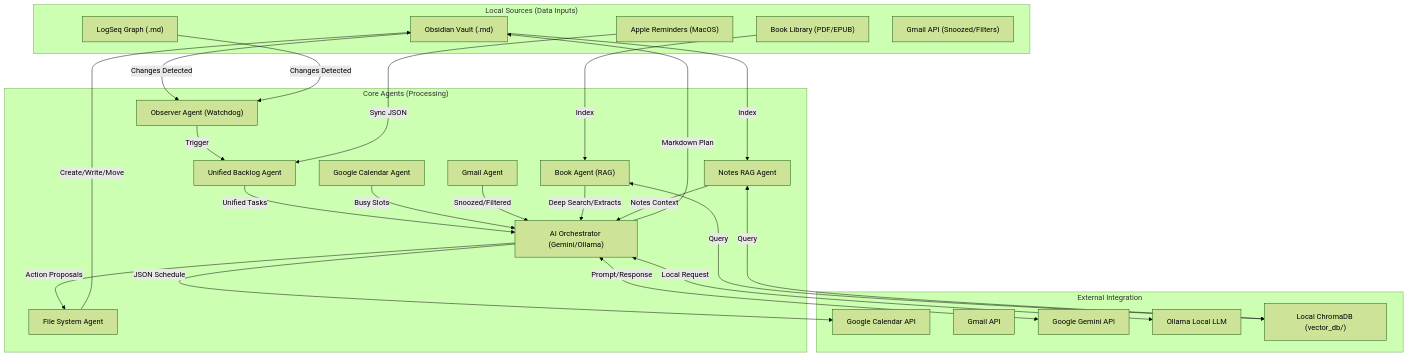
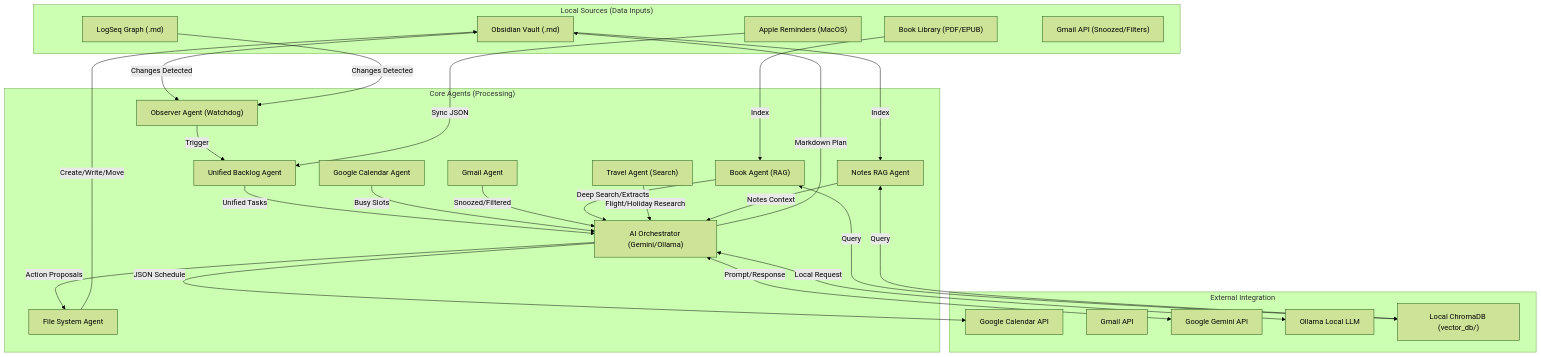
One commit to motethansen/ai_agent_assistant changed the diagram in docs/PROJECT_OVERVIEW.md. Above: the diagram before and after it, drawn with Mermaid (forest theme). The commit also changed other lines of this file and 7 other files, not shown here.

First line of the commit message:
feat: implement Travel Planning Agent with Google Search grounding

````diff
--- a/docs/PROJECT_OVERVIEW.md
+++ b/docs/PROJECT_OVERVIEW.md
@@ -7,60 +7,62 @@
 ```mermaid
 graph TD
     subgraph "Local Sources (Data Inputs)"
         Obsidian["Obsidian Vault (.md)"]
         LogSeq["LogSeq Graph (.md)"]
         AppleRem["Apple Reminders (MacOS)"]
         Books["Book Library (PDF/EPUB)"]
         Gmail["Gmail API (Snoozed/Filters)"]
     end
 
     subgraph "Core Agents (Processing)"
         ObserverAgent["Observer Agent (Watchdog)"]
         BacklogAgent["Unified Backlog Agent"]
         CalendarAgent["Google Calendar Agent"]
         AIOrcAgent["AI Orchestrator (Gemini/Ollama)"]
         FSAgent["File System Agent"]
         BookAgent["Book Agent (RAG)"]
+        TravelAgent["Travel Agent (Search)"]
         GmailAgent["Gmail Agent"]
         RAGAgent["Notes RAG Agent"]
     end
 
     subgraph "External Integration"
         GCalAPI["Google Calendar API"]
         GmailAPI["Gmail API"]
         GeminiAPI["Google Gemini API"]
         OllamaLocal["Ollama Local LLM"]
         VectorDB["Local ChromaDB (vector_db/)"]
     end
 
     %% Flow: Observation
     Obsidian -->|Changes Detected| ObserverAgent
     LogSeq -->|Changes Detected| ObserverAgent
     
     %% Flow: Backlog Gathering
     ObserverAgent -->|Trigger| BacklogAgent
     AppleRem -->|Sync JSON| BacklogAgent
     BacklogAgent -->|Unified Tasks| AIOrcAgent
     
     %% Flow: Context & Research
     CalendarAgent -->|Busy Slots| AIOrcAgent
     GmailAgent -->|Snoozed/Filtered| AIOrcAgent
     BookAgent -->|Deep Search/Extracts| AIOrcAgent
+    TravelAgent -->|Flight/Holiday Research| AIOrcAgent
     RAGAgent -->|Notes Context| AIOrcAgent
     
     %% Flow: AI Processing
     AIOrcAgent <-->|Prompt/Response| GeminiAPI
     AIOrcAgent <-->|Local Request| OllamaLocal
     
     %% Flow: Execution & Sync
     AIOrcAgent -->|JSON Schedule| GCalAPI
     AIOrcAgent -->|Markdown Plan| Obsidian
     AIOrcAgent -->|Action Proposals| FSAgent
     FSAgent -->|Create/Write/Move| Obsidian
     
     %% Flow: Vector DB
     Books -->|Index| BookAgent
     Obsidian -->|Index| RAGAgent
     BookAgent <-->|Query| VectorDB
     RAGAgent <-->|Query| VectorDB
 ```
````
